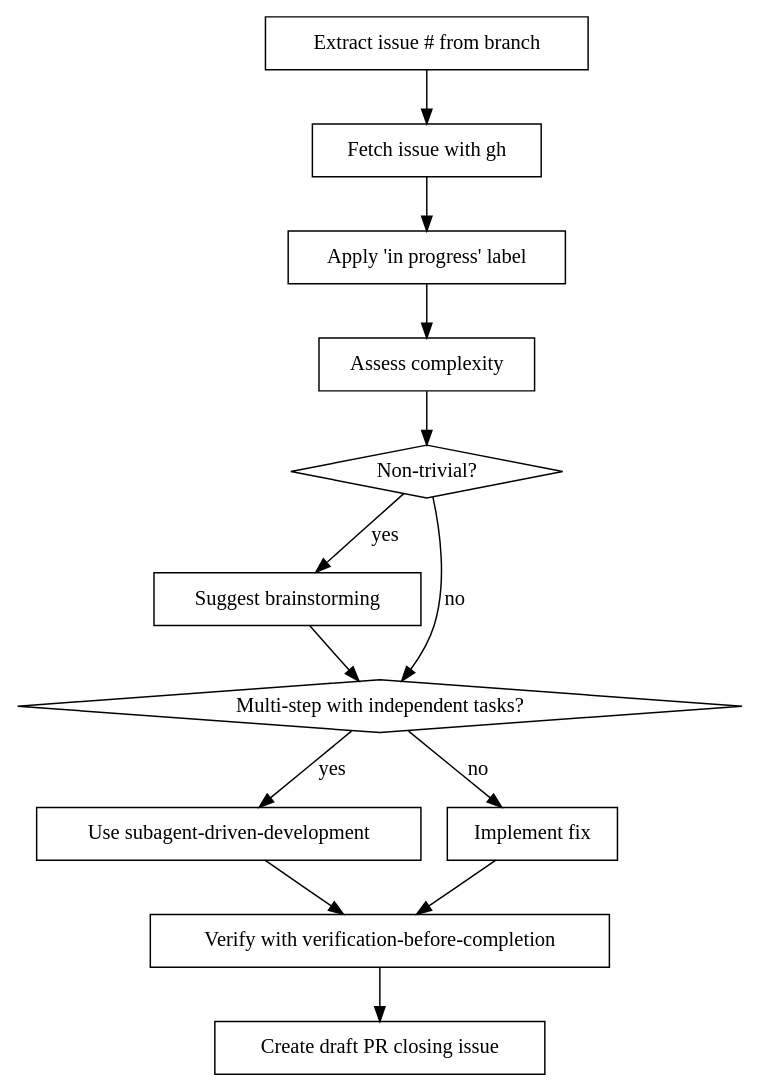
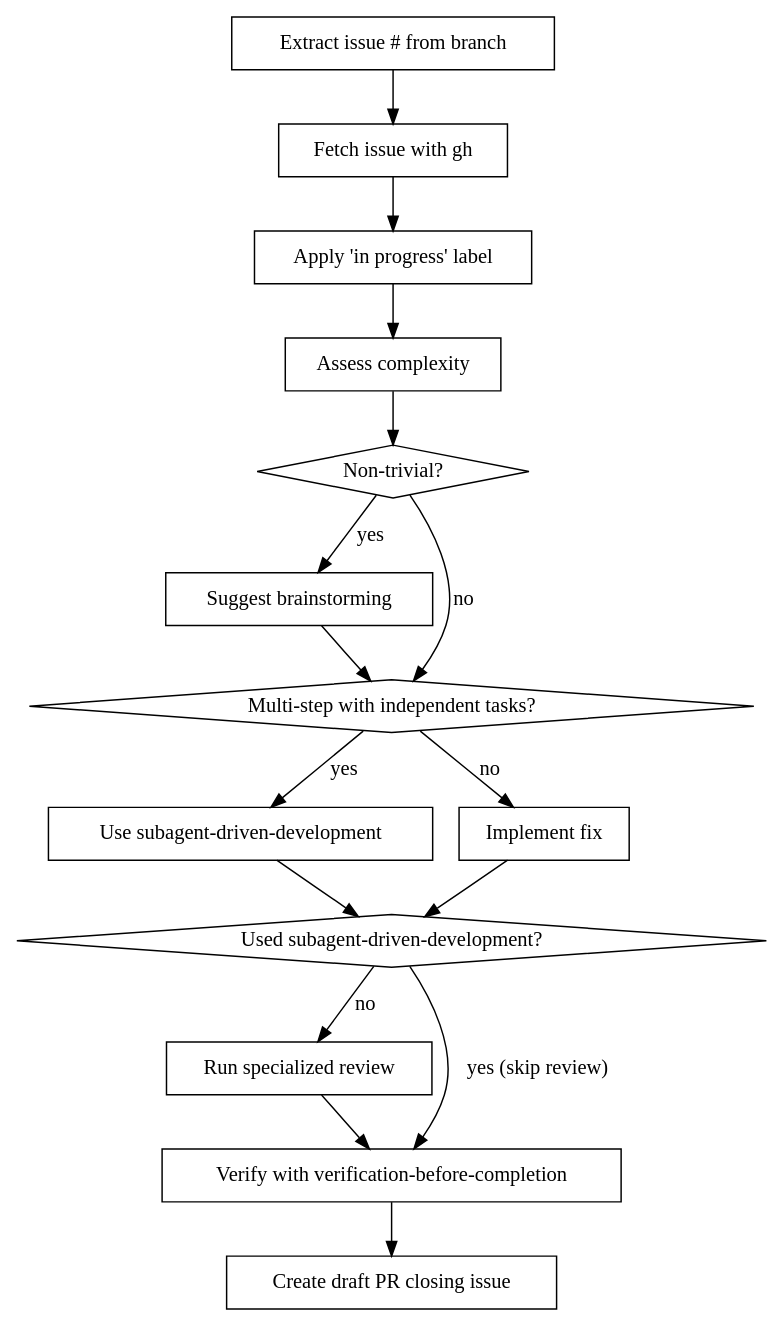
One commit to oalders/kitchen-sink changed the diagram in commands/fix-gh-issue.md. Above: the diagram before and after it, drawn with Graphviz. The commit also changed other lines of this file, not shown here.

First line of the commit message:
Add conditional specialized review step to fix-gh-issue

````diff
--- a/commands/fix-gh-issue.md
+++ b/commands/fix-gh-issue.md
@@ -27,28 +27,33 @@
 ```dot
 digraph fix_issue {
     "Extract issue # from branch" [shape=box];
     "Fetch issue with gh" [shape=box];
     "Apply 'in progress' label" [shape=box];
     "Assess complexity" [shape=box];
     "Non-trivial?" [shape=diamond];
     "Suggest brainstorming" [shape=box];
     "Multi-step with independent tasks?" [shape=diamond];
     "Use subagent-driven-development" [shape=box];
     "Implement fix" [shape=box];
+    "Used subagent-driven-development?" [shape=diamond];
+    "Run specialized review" [shape=box];
     "Verify with verification-before-completion" [shape=box];
     "Create draft PR closing issue" [shape=box];
 
     "Extract issue # from branch" -> "Fetch issue with gh";
     "Fetch issue with gh" -> "Apply 'in progress' label";
     "Apply 'in progress' label" -> "Assess complexity";
     "Assess complexity" -> "Non-trivial?";
     "Non-trivial?" -> "Suggest brainstorming" [label="yes"];
     "Non-trivial?" -> "Multi-step with independent tasks?" [label="no"];
     "Suggest brainstorming" -> "Multi-step with independent tasks?";
     "Multi-step with independent tasks?" -> "Use subagent-driven-development" [label="yes"];
     "Multi-step with independent tasks?" -> "Implement fix" [label="no"];
-    "Use subagent-driven-development" -> "Verify with verification-before-completion";
-    "Implement fix" -> "Verify with verification-before-completion";
+    "Use subagent-driven-development" -> "Used subagent-driven-development?";
+    "Implement fix" -> "Used subagent-driven-development?";
+    "Used subagent-driven-development?" -> "Verify with verification-before-completion" [label="yes (skip review)"];
+    "Used subagent-driven-development?" -> "Run specialized review" [label="no"];
+    "Run specialized review" -> "Verify with verification-before-completion";
     "Verify with verification-before-completion" -> "Create draft PR closing issue";
 }
 ```
````
